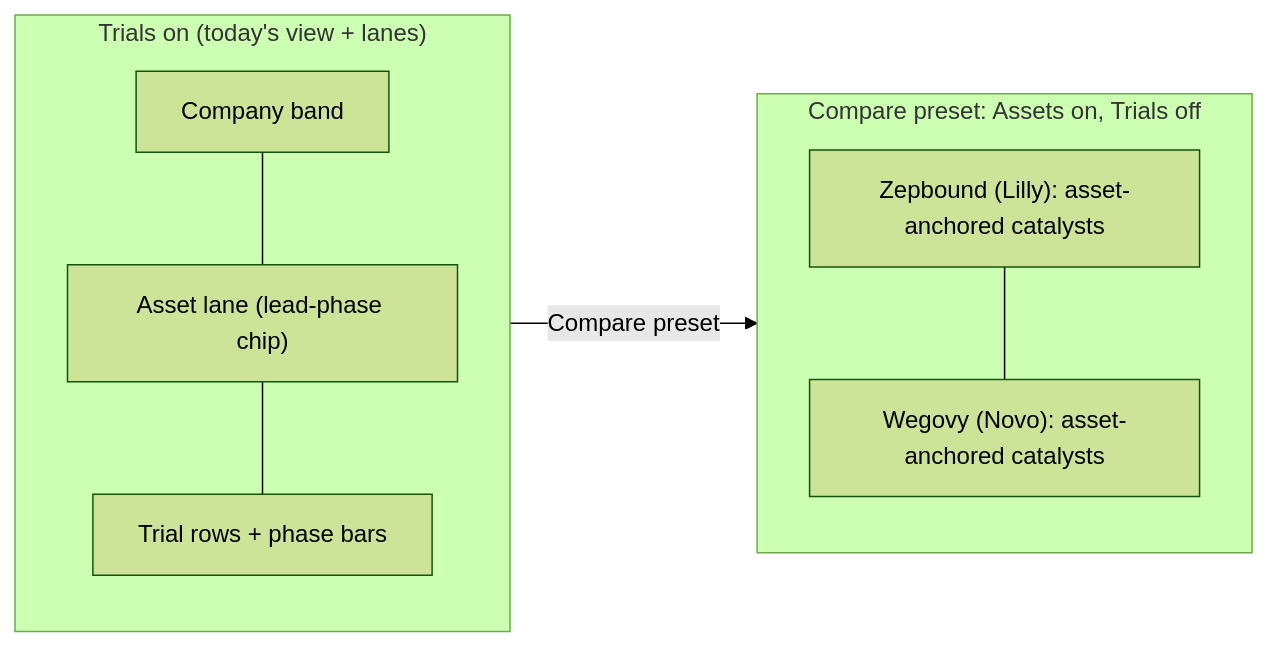
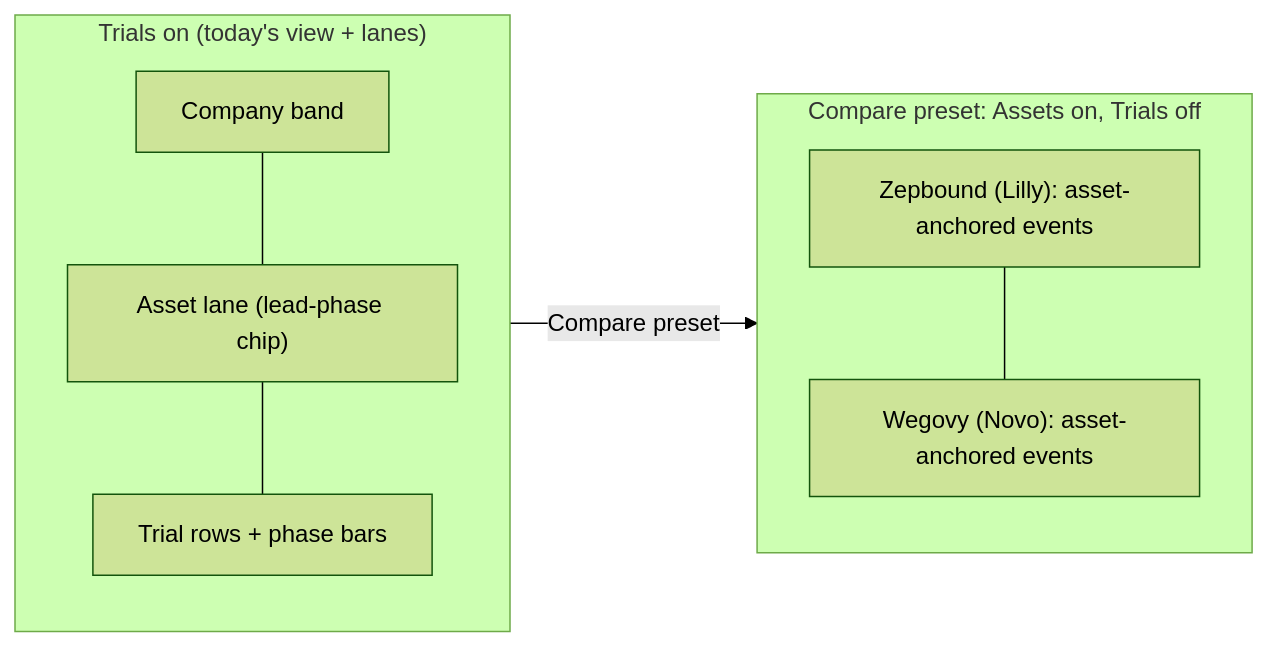
Before and after one commit to clint-org/clint: the second of 2 diagrams in docs/superpowers/specs/2026-06-28-unified-events-timeline-design.md, drawn with Mermaid (forest theme). The commit also changed other lines of this file, not shown here.

````diff
--- a/docs/superpowers/specs/2026-06-28-unified-events-timeline-design.md
+++ b/docs/superpowers/specs/2026-06-28-unified-events-timeline-design.md
@@ -245,17 +245,17 @@
 ```mermaid
 flowchart LR
   subgraph today["Trials on (today's view + lanes)"]
     direction TB
     C1["Company band"]
     A1["Asset lane (lead-phase chip)"]
     TR1["Trial rows + phase bars"]
     C1 --- A1 --- TR1
   end
   subgraph compare["Compare preset: Assets on, Trials off"]
     direction TB
-    AR1["Zepbound (Lilly): asset-anchored catalysts"]
-    AR2["Wegovy (Novo): asset-anchored catalysts"]
+    AR1["Zepbound (Lilly): asset-anchored events"]
+    AR2["Wegovy (Novo): asset-anchored events"]
     AR1 --- AR2
   end
   today -- "Compare preset" --> compare
 ```
````
